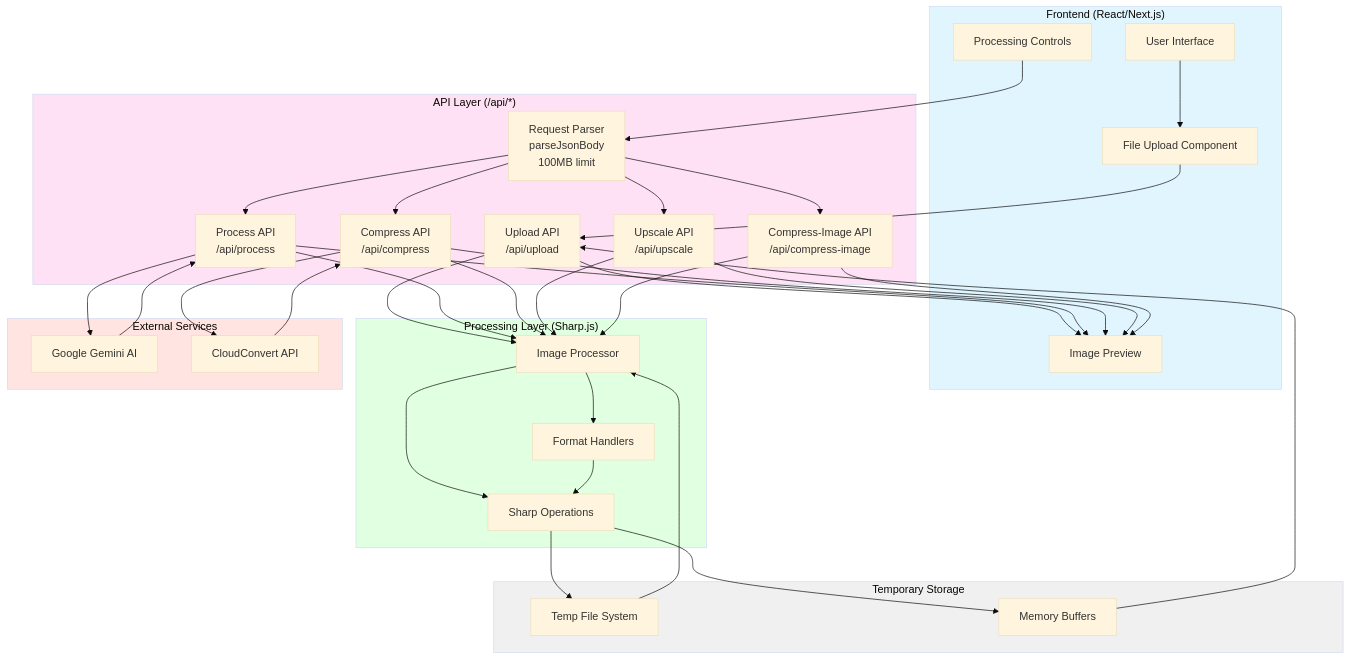
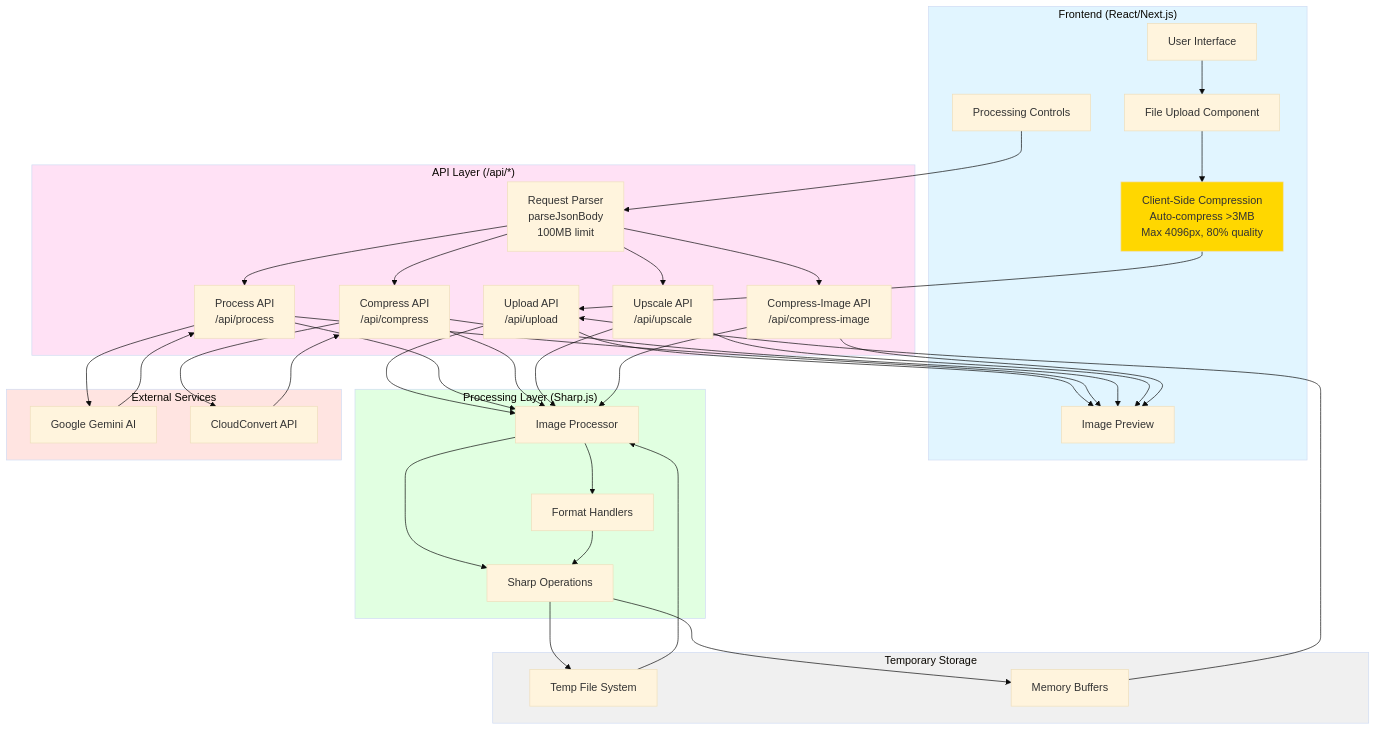
Diagram 11 of 11 in DATAFLOW_DIAGRAMS.md (varunbv25/AI-image-resizer), drawn with Mermaid (base theme) before and after one commit. The commit also changed other lines of this file and 5 other files, not shown here.

````diff
--- a/DATAFLOW_DIAGRAMS.md
+++ b/DATAFLOW_DIAGRAMS.md
@@ -705,74 +762,77 @@
 ```mermaid
 graph TB
     subgraph Frontend["Frontend (React/Next.js)"]
         UI[User Interface]
         Upload[File Upload Component]
+        ClientCompress["Client-Side Compression<br/>Auto-compress >3MB<br/>Max 4096px, 80% quality"]
         Preview[Image Preview]
         Controls[Processing Controls]
     end
 
     subgraph API["API Layer (/api/*)"]
         RequestParser["Request Parser<br/>parseJsonBody<br/>100MB limit"]
         UploadAPI["Upload API<br/>/api/upload"]
         ProcessAPI["Process API<br/>/api/process"]
         CompressAPI["Compress API<br/>/api/compress"]
         UpscaleAPI["Upscale API<br/>/api/upscale"]
         CompressImageAPI["Compress-Image API<br/>/api/compress-image"]
     end
 
     subgraph Processing["Processing Layer (Sharp.js)"]
         ImageProcessor[Image Processor]
         SharpOps[Sharp Operations]
         FormatHandlers[Format Handlers]
     end
 
     subgraph External["External Services"]
         GeminiAI[Google Gemini AI]
         CloudConvert[CloudConvert API]
     end
 
     subgraph Storage["Temporary Storage"]
         TempFiles[Temp File System]
         Buffer[Memory Buffers]
     end
 
     UI --> Upload
-    Upload --> UploadAPI
+    Upload --> ClientCompress
+    ClientCompress --> UploadAPI
     UploadAPI --> ImageProcessor
     ImageProcessor --> SharpOps
     SharpOps --> Buffer
     Buffer --> UploadAPI
     UploadAPI --> Preview
 
     Controls --> RequestParser
     RequestParser --> ProcessAPI
     RequestParser --> CompressAPI
     RequestParser --> UpscaleAPI
     RequestParser --> CompressImageAPI
 
     ProcessAPI --> ImageProcessor
     ProcessAPI --> GeminiAI
     CompressAPI --> ImageProcessor
     CompressAPI --> CloudConvert
     UpscaleAPI --> ImageProcessor
     CompressImageAPI --> ImageProcessor
 
     ImageProcessor --> FormatHandlers
     FormatHandlers --> SharpOps
     SharpOps --> TempFiles
     TempFiles --> ImageProcessor
 
     GeminiAI --> ProcessAPI
     CloudConvert --> CompressAPI
 
     ProcessAPI --> Preview
     CompressAPI --> Preview
     UpscaleAPI --> Preview
     CompressImageAPI --> Preview
 
     style Frontend fill:#E1F5FF
     style API fill:#FFE1F5
     style Processing fill:#E1FFE1
     style External fill:#FFE4E1
     style Storage fill:#F0F0F0
+    style ClientCompress fill:#FFD700
 ```
````
